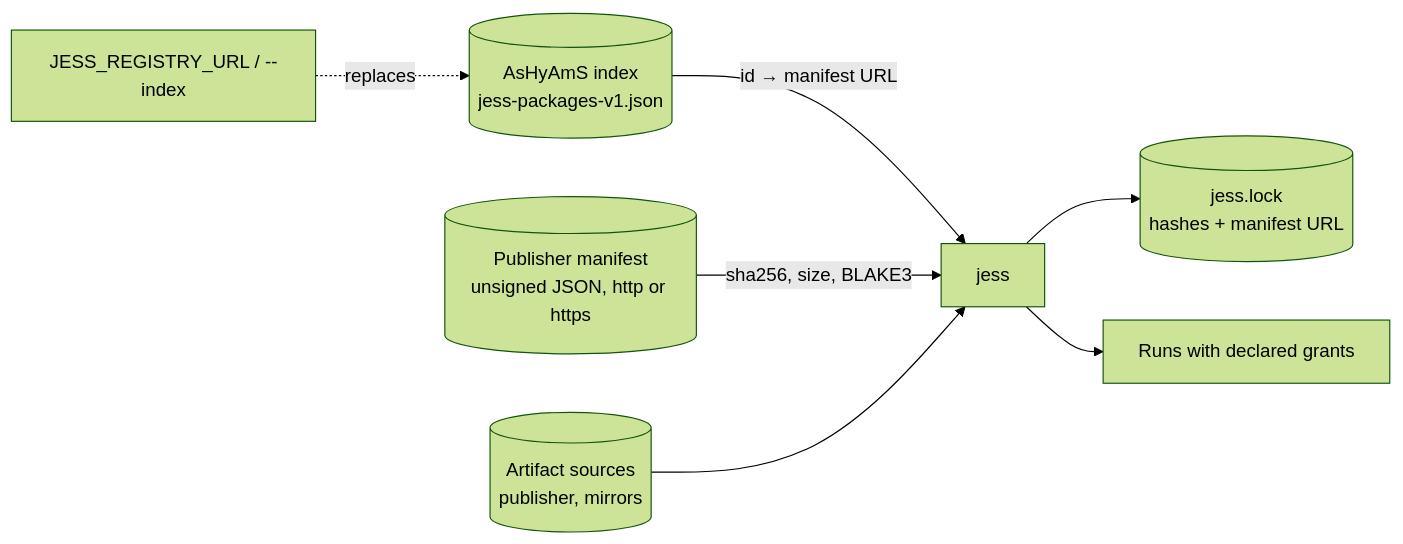
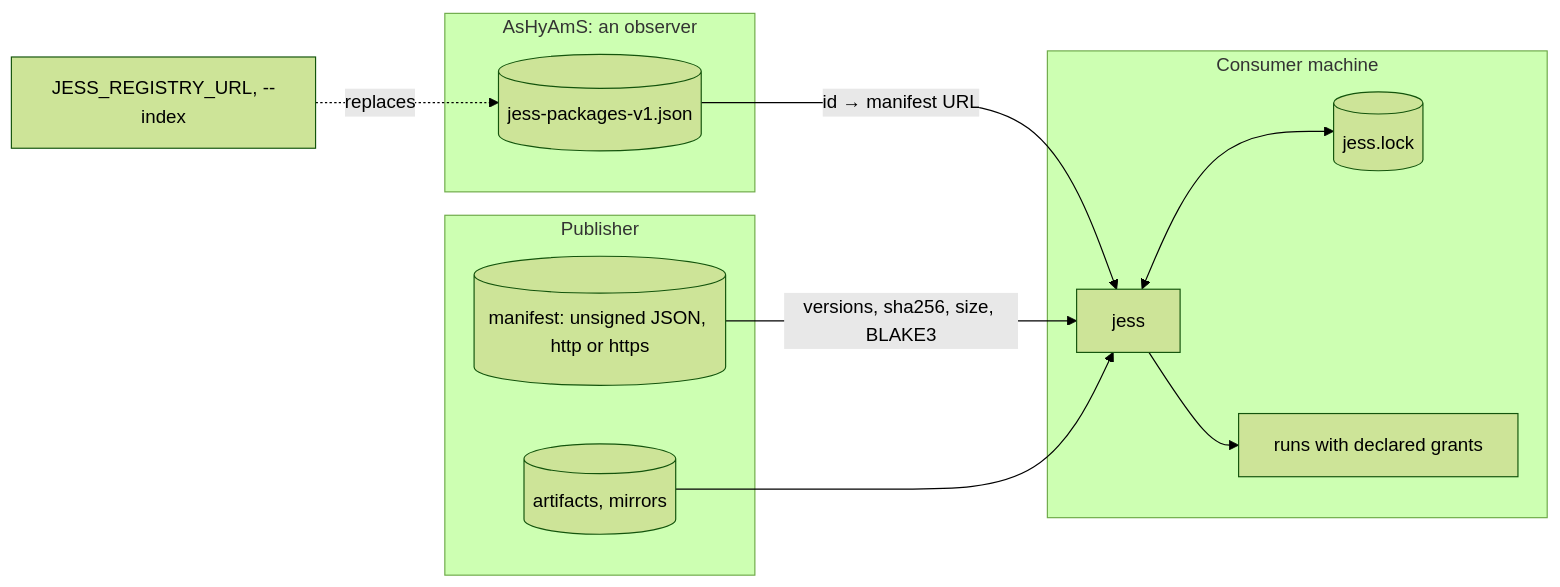
Before and after one commit to DreamWeave-MP/StroggForge: the third of 5 diagrams in docs/sec/SEC-101-threat-model.md, drawn with Mermaid (forest theme). The commit also changed other lines of this file and 28 other files, not shown here.

````diff
--- a/docs/sec/SEC-101-threat-model.md
+++ b/docs/sec/SEC-101-threat-model.md
@@ -111,9 +204,21 @@
 ```mermaid
 flowchart LR
-  idx[(AsHyAmS index<br/>jess-packages-v1.json)] -->|"id → manifest URL"| jess[jess]
-  env[JESS_REGISTRY_URL / --index] -.->|replaces| idx
-  man[(Publisher manifest<br/>unsigned JSON, http or https)] -->|"sha256, size, BLAKE3"| jess
-  art[(Artifact sources<br/>publisher, mirrors)] --> jess
-  jess --> lock[(jess.lock<br/>hashes + manifest URL)]
-  jess --> exec[Runs with declared grants]
+  subgraph ashy[AsHyAmS: an observer]
+    idx[(jess-packages-v1.json)]
+  end
+  subgraph pubr[Publisher]
+    man[(manifest: unsigned JSON, http or https)]
+    art[(artifacts, mirrors)]
+  end
+  subgraph consumer[Consumer machine]
+    jess[jess]
+    lock[(jess.lock)]
+    exec[runs with declared grants]
+  end
+  env[JESS_REGISTRY_URL, --index] -.->|replaces| idx
+  idx -->|id → manifest URL| jess
+  man -->|"versions, sha256, size, BLAKE3"| jess
+  art --> jess
+  jess <--> lock
+  jess --> exec
 ```
````
